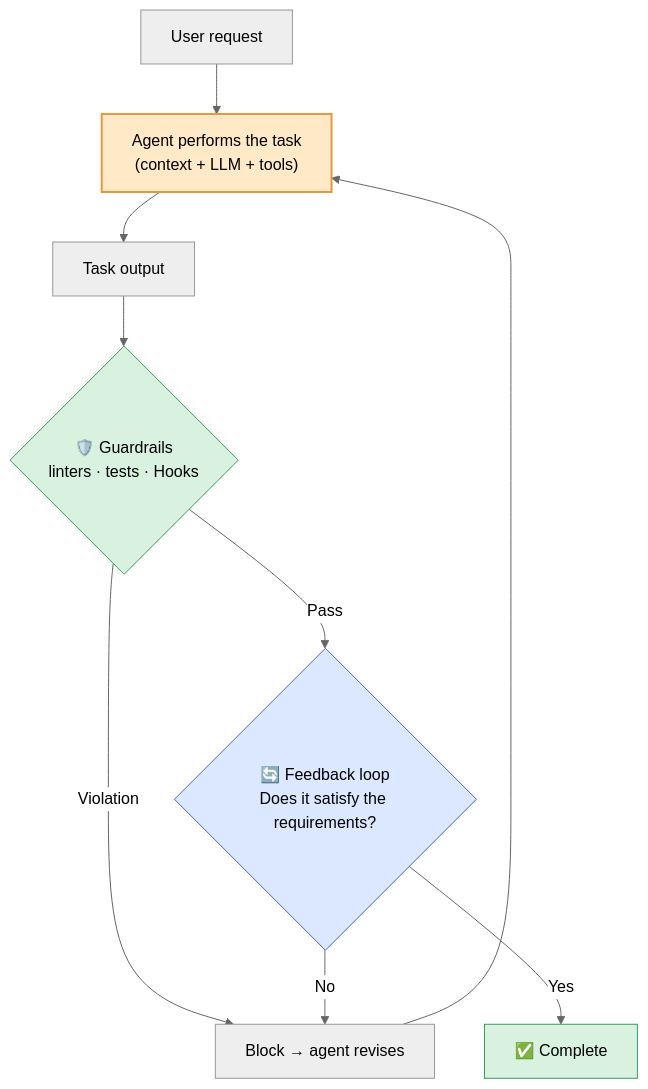
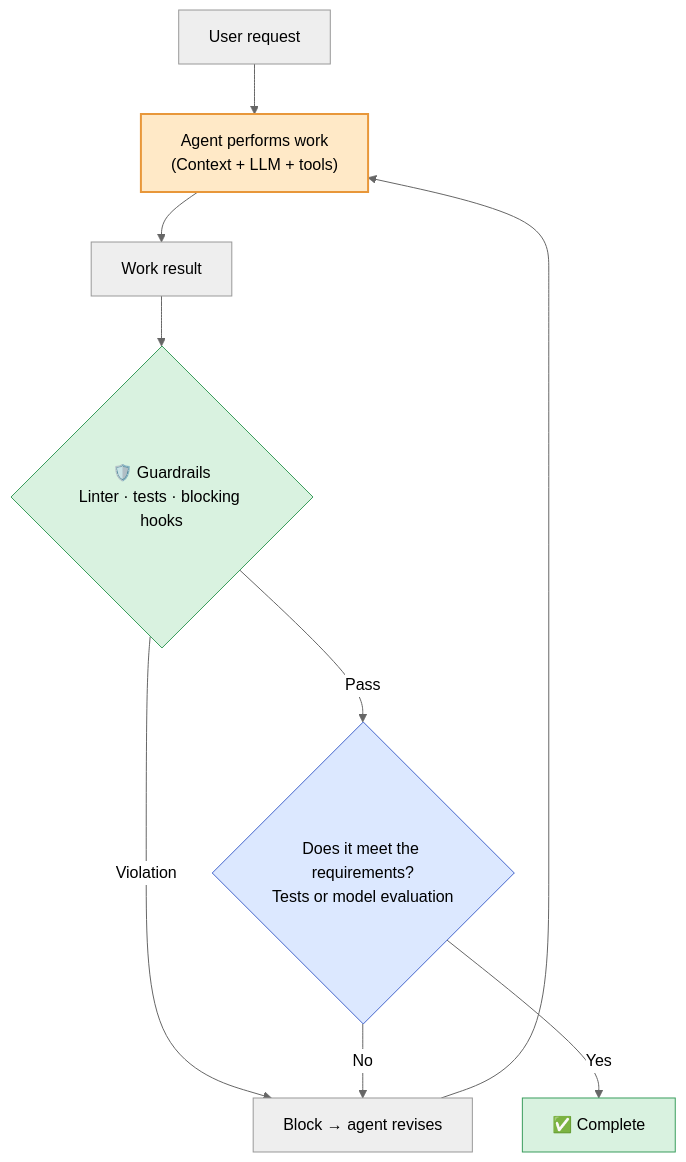
One commit to haandol/haandol.github.com changed the second of 9 diagrams in _en/2026-03-15-harness-engineering-beyond-context-engineering.md. Above: the diagram before and after it, drawn with Mermaid (neutral theme). The commit also changed other lines of this file and 18 other files, not shown here.

````diff
--- a/_en/2026-03-15-harness-engineering-beyond-context-engineering.md
+++ b/_en/2026-03-15-harness-engineering-beyond-context-engineering.md
@@ -107,19 +107,19 @@
 ```mermaid
 flowchart TB
-    REQ["User request"] --> AGENT["Agent performs the task<br/>(context + LLM + tools)"]
-    AGENT --> OUT["Task output"]
-    OUT --> GR{"🛡️ Guardrails<br/>linters · tests · Hooks"}
+    REQ["User request"] --> AGENT["Agent performs work<br/>(Context + LLM + tools)"]
+    AGENT --> OUT["Work result"]
+    OUT --> GR{"🛡️ Guardrails<br/>Linter · tests · blocking hooks"}
     GR -->|Violation| BACK["Block → agent revises"]
     BACK --> AGENT
-    GR -->|Pass| FB{"🔄 Feedback loop<br/>Does it satisfy the requirements?"}
+    GR -->|Pass| FB{"Does it meet the requirements?<br/>Tests or model evaluation"}
     FB -->|No| BACK
     FB -->|Yes| DONE["✅ Complete"]
     classDef agent fill:#ffe9c7,stroke:#e8973a,stroke-width:2px;
     classDef guard fill:#d9f2e0,stroke:#3a9d5d;
     classDef loop fill:#dce8ff,stroke:#46c;
     classDef done fill:#d9f2e0,stroke:#3a9d5d;
     class AGENT agent;
     class GR guard;
     class FB loop;
     class DONE done;
 ```
````
